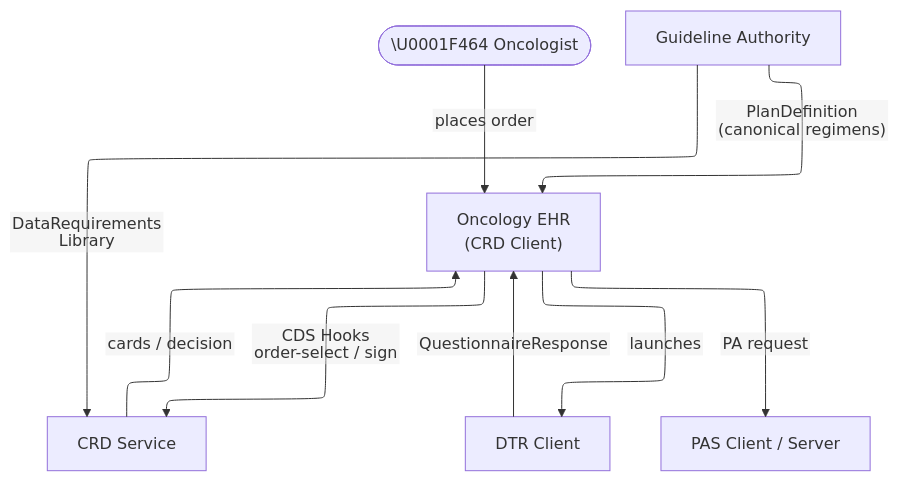
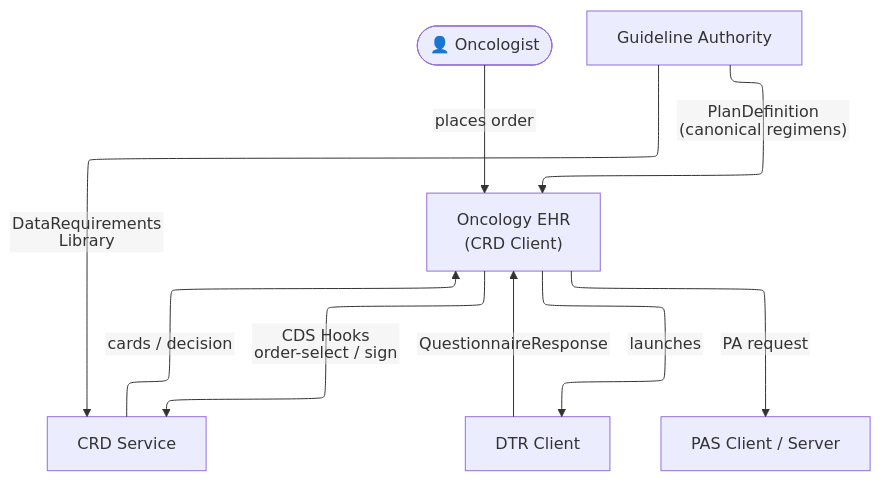
One commit to reason-healthcare/hl7-codex-ocpa changed the diagram in input/pagecontent/index.md. Above: the diagram before and after it, drawn with Mermaid. The commit also changed 1 other file, not shown here.

Commit message:
fix: replace \U0001F464 with literal 👤 emoji in diagram source

````diff
--- a/input/pagecontent/index.md
+++ b/input/pagecontent/index.md
@@ -56,19 +56,19 @@
 ```mermaid
 %%{init: {'layout': 'elk', 'flowchart': {'htmlLabels': false}}}%%
 flowchart TD
-  Clinician(["\U0001F464 Oncologist"])
+  Clinician(["👤 Oncologist"])
   EHR["Oncology EHR\n(CRD Client)"]
   CRD["CRD Service"]
   DTR["DTR Client"]
   PAS["PAS Client / Server"]
   GA["Guideline Authority"]
 
   Clinician -- "places order" --> EHR
   EHR -- "CDS Hooks\norder-select / sign" --> CRD
   CRD -- "cards / decision" --> EHR
   EHR -- "launches" --> DTR
   DTR -- "QuestionnaireResponse" --> EHR
   EHR -- "PA request" --> PAS
   GA -- "PlanDefinition\n(canonical regimens)" --> EHR
   GA -- "DataRequirements\nLibrary" --> CRD
 ```
````
